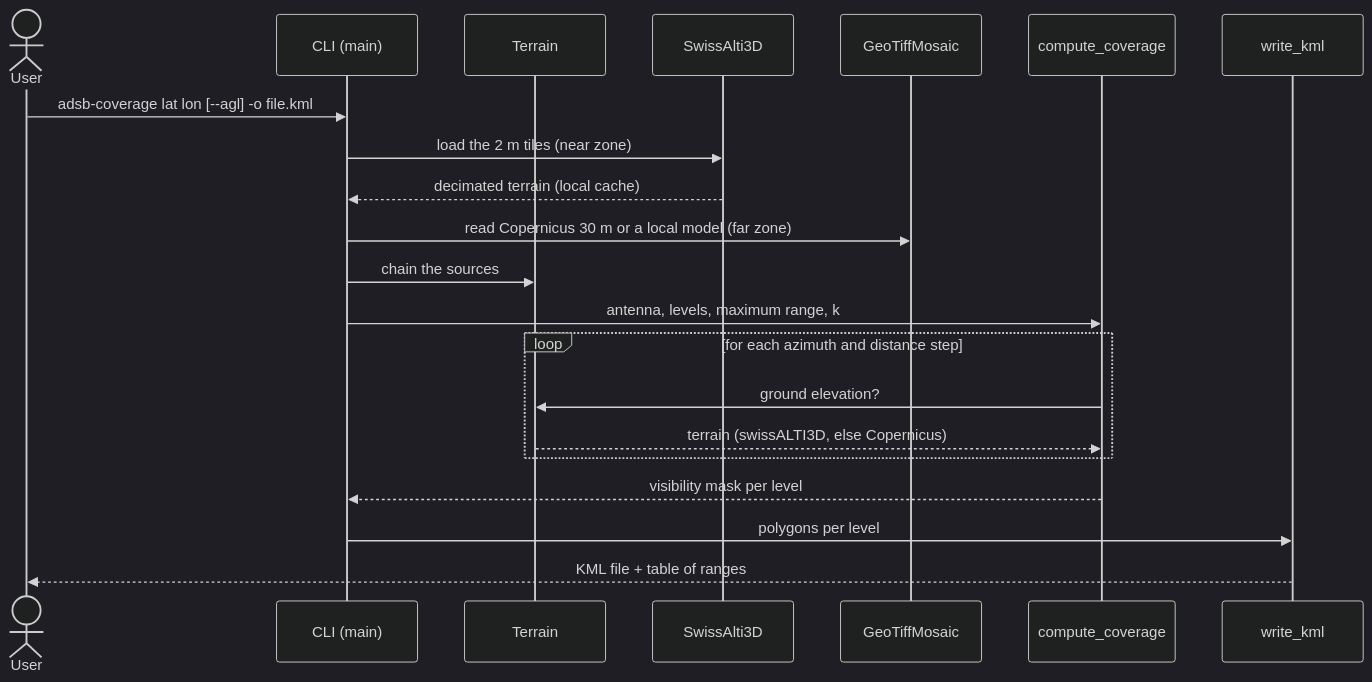
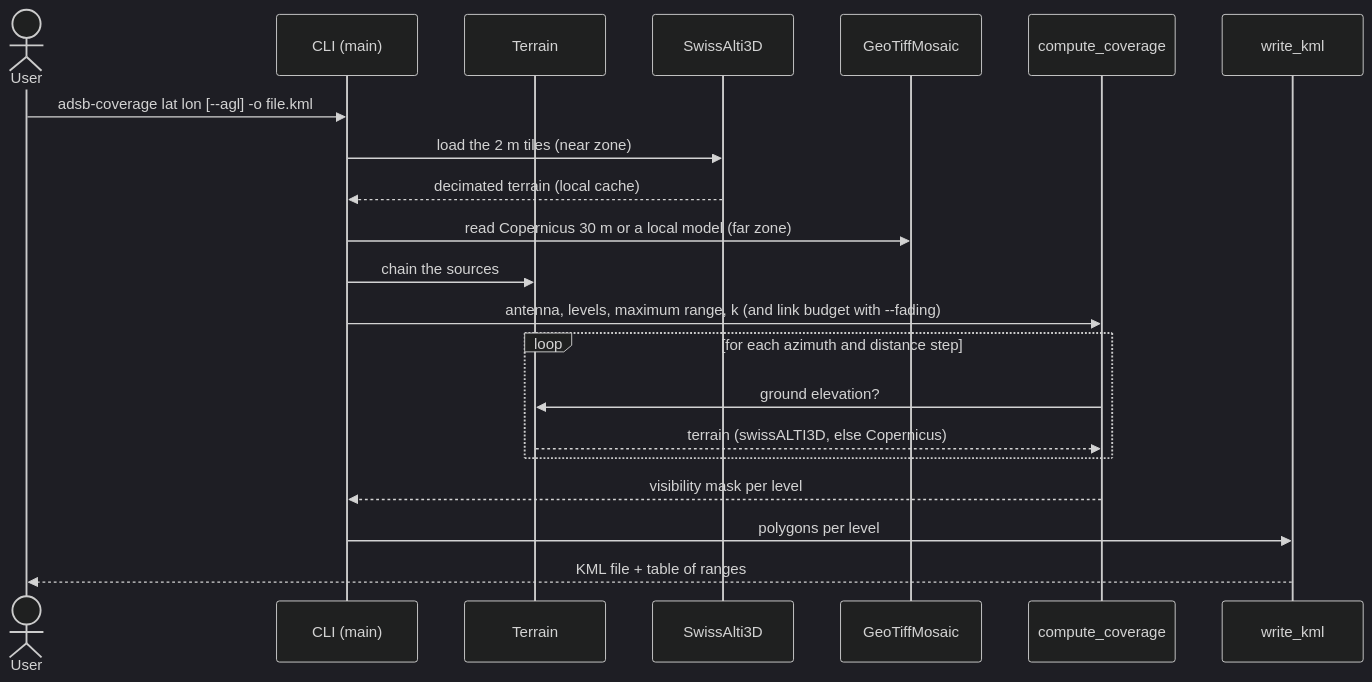
Before and after one commit to raphaelcere/clarke-model-generator: the second of 2 diagrams in README.md, drawn with Mermaid (dark theme). The commit also changed other lines of this file and 5 other files, not shown here.

````diff
--- a/README.md
+++ b/README.md
@@ -150,23 +170,23 @@
 ```mermaid
 sequenceDiagram
     actor U as User
     participant C as CLI (main)
     participant T as Terrain
     participant S as SwissAlti3D
     participant G as GeoTiffMosaic
     participant P as compute_coverage
     participant K as write_kml
     U->>C: adsb-coverage lat lon [--agl] -o file.kml
     C->>S: load the 2 m tiles (near zone)
     S-->>C: decimated terrain (local cache)
     C->>G: read Copernicus 30 m or a local model (far zone)
     C->>T: chain the sources
-    C->>P: antenna, levels, maximum range, k
+    C->>P: antenna, levels, maximum range, k (and link budget with --fading)
     loop for each azimuth and distance step
         P->>T: ground elevation?
         T-->>P: terrain (swissALTI3D, else Copernicus)
     end
     P-->>C: visibility mask per level
     C->>K: polygons per level
     K-->>U: KML file + table of ranges
 ```
````
